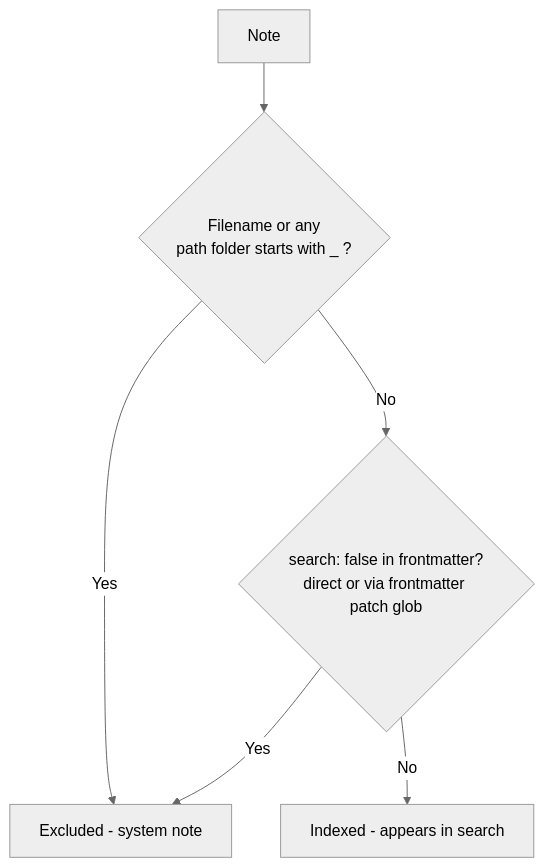
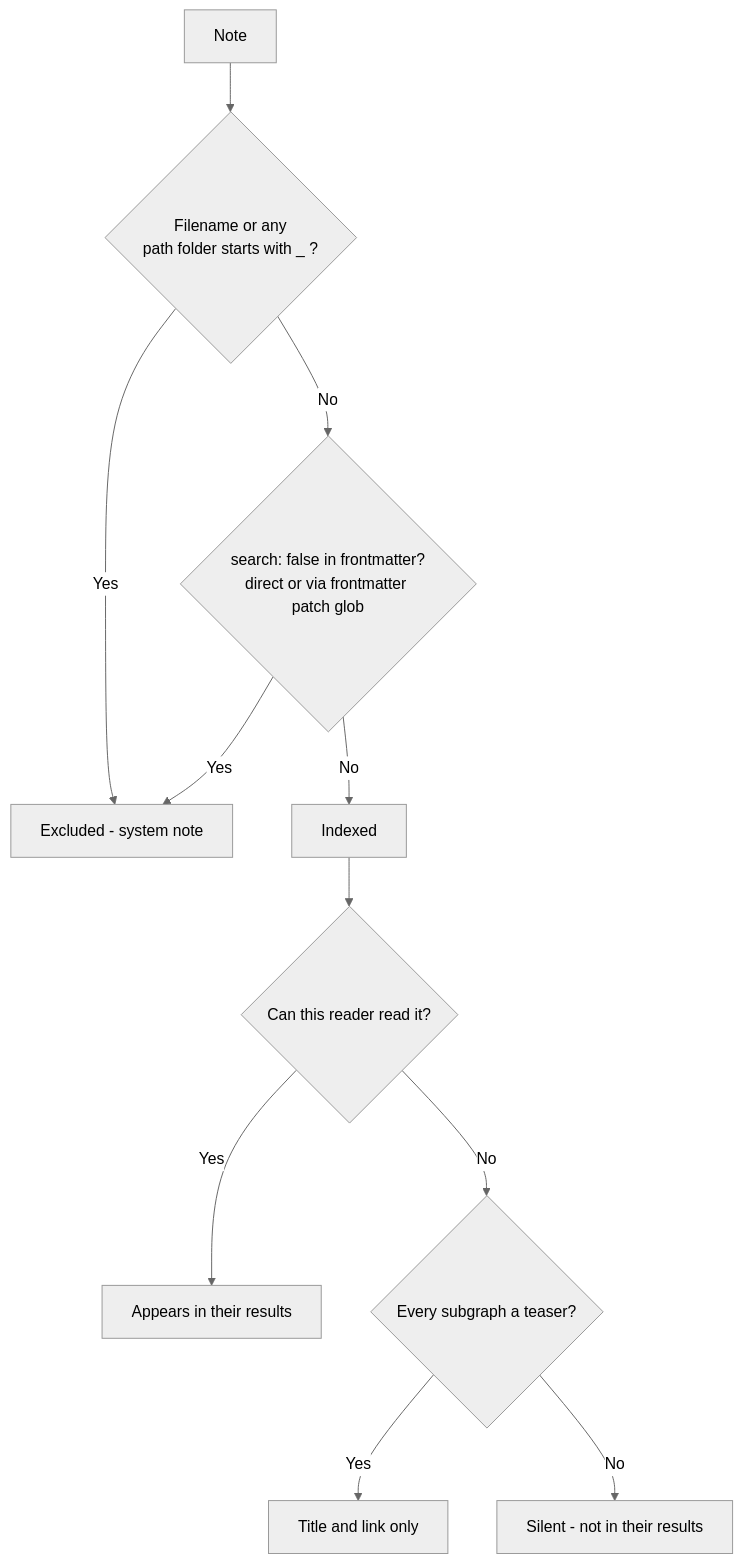
The second of 2 diagrams in docs/en/user/search.md (trip2g/trip2g), drawn with Mermaid (neutral theme) before and after one commit. The commit also changed other lines of this file and 14 other files, not shown here.

````diff
--- a/docs/en/user/search.md
+++ b/docs/en/user/search.md
@@ -53,8 +61,13 @@
 ```mermaid
 flowchart TD
     N[Note] --> U{Filename or any<br/>path folder starts with _ ?}
     U -->|Yes| EX[Excluded - system note]
     U -->|No| SF{search: false in frontmatter?<br/>direct or via frontmatter patch glob}
     SF -->|Yes| EX
-    SF -->|No| IDX[Indexed - appears in search]
+    SF -->|No| IDX[Indexed]
+    IDX --> CR{Can this reader read it?}
+    CR -->|Yes| SHOW[Appears in their results]
+    CR -->|No| TS{Every subgraph a teaser?}
+    TS -->|Yes| TEASE[Title and link only]
+    TS -->|No| SIL[Silent - not in their results]
 ```
````
